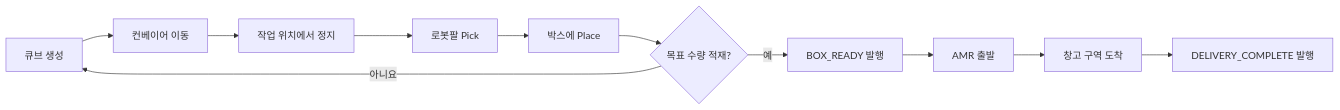
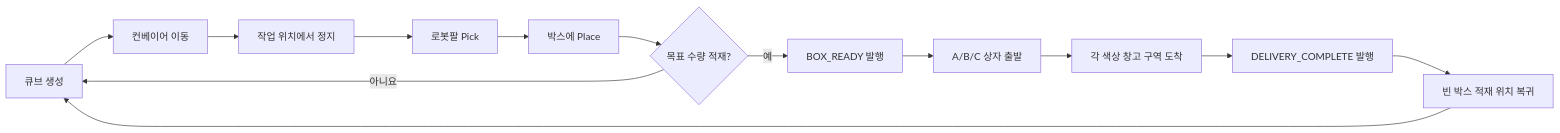
Before and after one commit to GitHaewon/industrial-sim-capstone: the diagram in README.md, drawn with Mermaid. The commit also changed other lines of this file and 45 other files, not shown here.

````diff
--- a/README.md
+++ b/README.md
@@ -41,13 +42,15 @@
 ```mermaid
 flowchart LR
     A["큐브 생성"] --> B["컨베이어 이동"]
     B --> C["작업 위치에서 정지"]
     C --> D["로봇팔 Pick"]
     D --> E["박스에 Place"]
     E --> F{"목표 수량 적재?"}
     F -- "아니요" --> A
     F -- "예" --> G["BOX_READY 발행"]
-    G --> H["AMR 출발"]
-    H --> I["창고 구역 도착"]
+    G --> H["A/B/C 상자 출발"]
+    H --> I["각 색상 창고 구역 도착"]
     I --> J["DELIVERY_COMPLETE 발행"]
+    J --> K["빈 박스 적재 위치 복귀"]
+    K --> A
 ```
````
